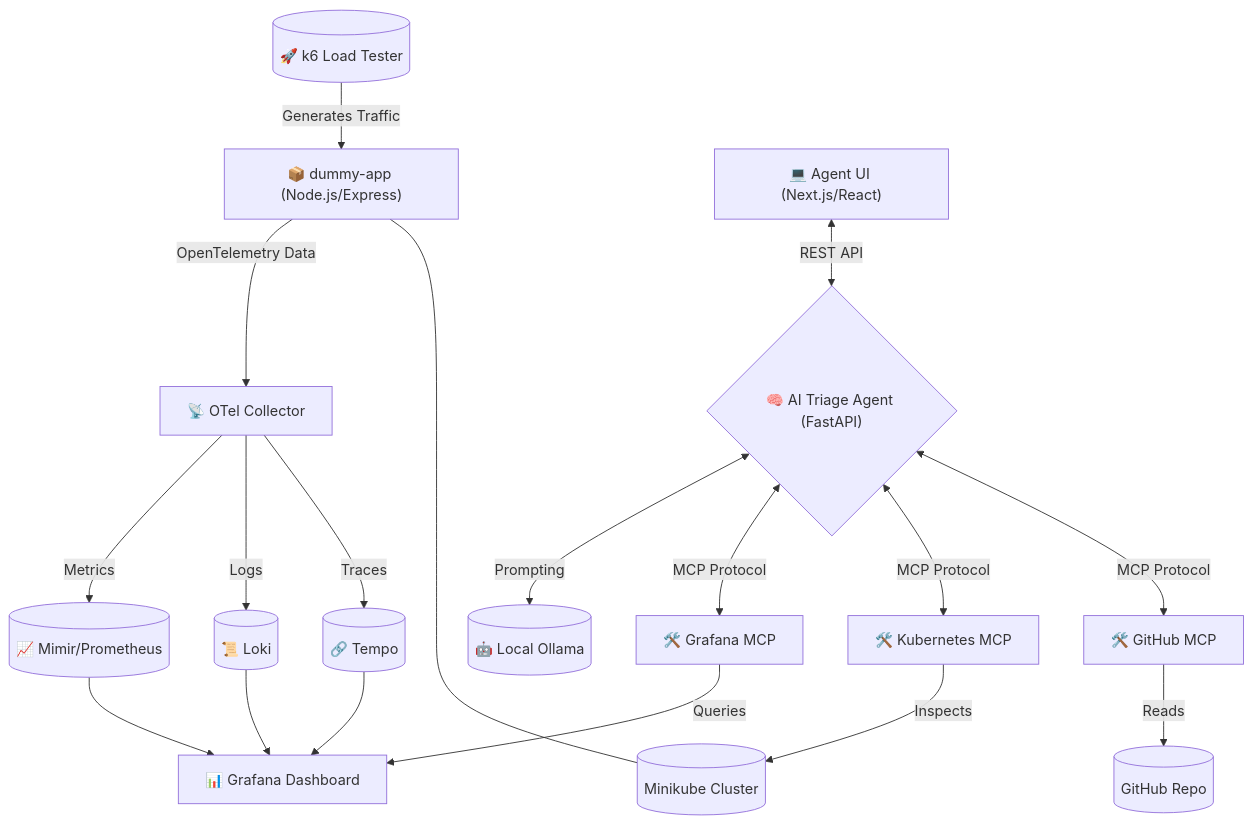
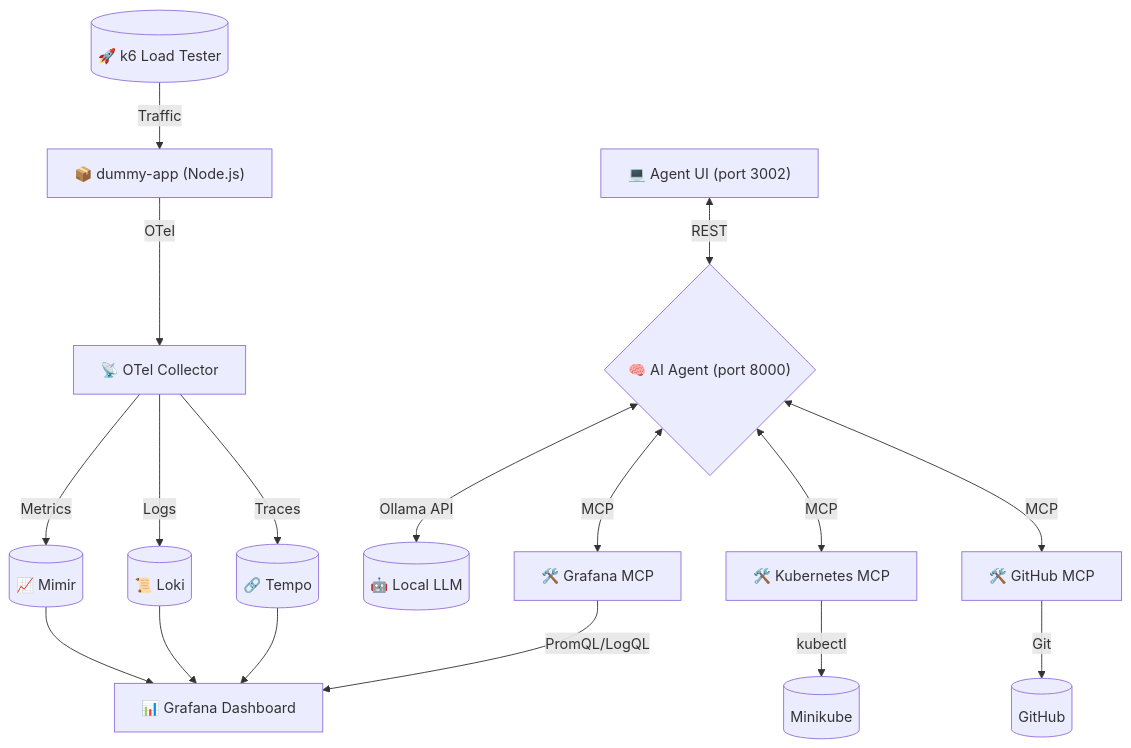
Before and after one commit to h4k5r/triage-agent: the diagram in README.md, drawn with Mermaid. The commit also changed other lines of this file and 10 other files, not shown here.

````diff
--- a/README.md
+++ b/README.md
@@ -9,29 +9,28 @@
 ```mermaid
 graph TD
     %% Node.js Application & Traffic
-    k6[("🚀 k6 Load Tester")] -->|Generates Traffic| app["📦 dummy-app (Node.js/Express)"]
+    k6[("🚀 k6 Load Tester")] -->|Traffic| app["📦 dummy-app (Node.js)"]
     
     %% Observability Stack
-    app -->|OpenTelemetry Data| otel["📡 OTel Collector"]
-    otel -->|Metrics| prom[("📈 Mimir/Prometheus")]
+    app -->|OTel| otel["📡 OTel Collector"]
+    otel -->|Metrics| prom[("📈 Mimir")]
     otel -->|Logs| loki[("📜 Loki")]
     otel -->|Traces| tempo[("🔗 Tempo")]
     prom --> grafana["📊 Grafana Dashboard"]
     loki --> grafana
     tempo --> grafana
     
-    %% AI Agent & Tools
-    ui["💻 Agent UI (Next.js/React)"] <-->|REST API| agent{"🧠 AI Triage Agent (FastAPI)"}
-    agent <-->|Prompting| ollama[("🤖 Local Ollama")]
+    %% AI Agent & UI
+    ui["💻 Agent UI (port 3002)"] <-->|REST| agent{"🧠 AI Agent (port 8000)"}
+    agent <-->|Ollama API| ollama[("🤖 Local LLM")]
     
     %% MCP Servers
-    agent <-->|MCP Protocol| mcp_grafana["🛠️ Grafana MCP"]
-    agent <-->|MCP Protocol| mcp_k8s["🛠️ Kubernetes MCP"]
-    agent <-->|MCP Protocol| mcp_github["🛠️ GitHub MCP"]
+    agent <-->|MCP| mcp_grafana["🛠️ Grafana MCP"]
+    agent <-->|MCP| mcp_k8s["🛠️ Kubernetes MCP"]
+    agent <-->|MCP| mcp_github["🛠️ GitHub MCP"]
     
-    %% Tool Interactions
-    mcp_grafana -->|Queries| grafana
-    mcp_k8s -->|Inspects| minikube[(Minikube Cluster)]
-    mcp_github -->|Reads| github[(GitHub Repo)]
-    app --- minikube
+    %% Interactions
+    mcp_grafana -->|PromQL/LogQL| grafana
+    mcp_k8s -->|kubectl| minikube[(Minikube)]
+    mcp_github -->|Git| github[(GitHub)]
 ```
````
